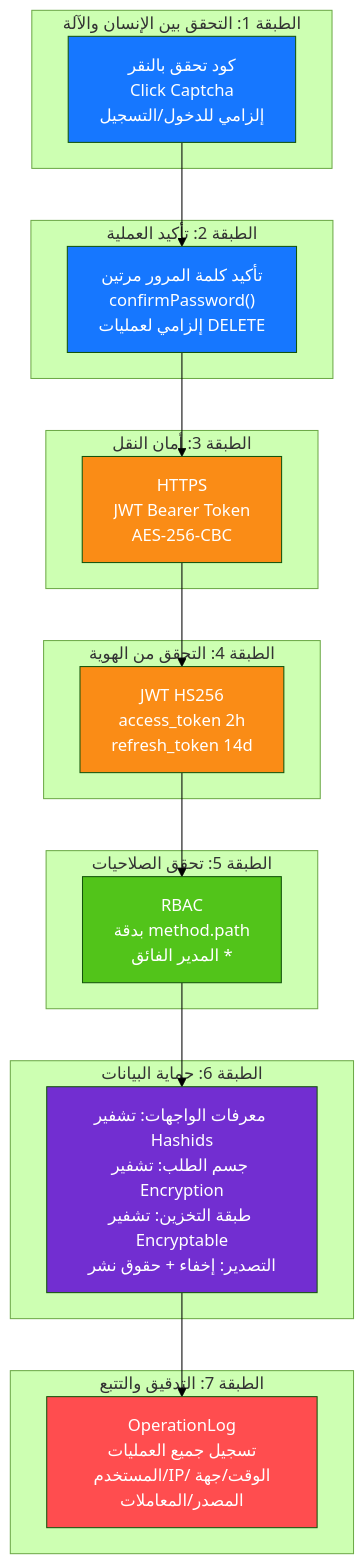
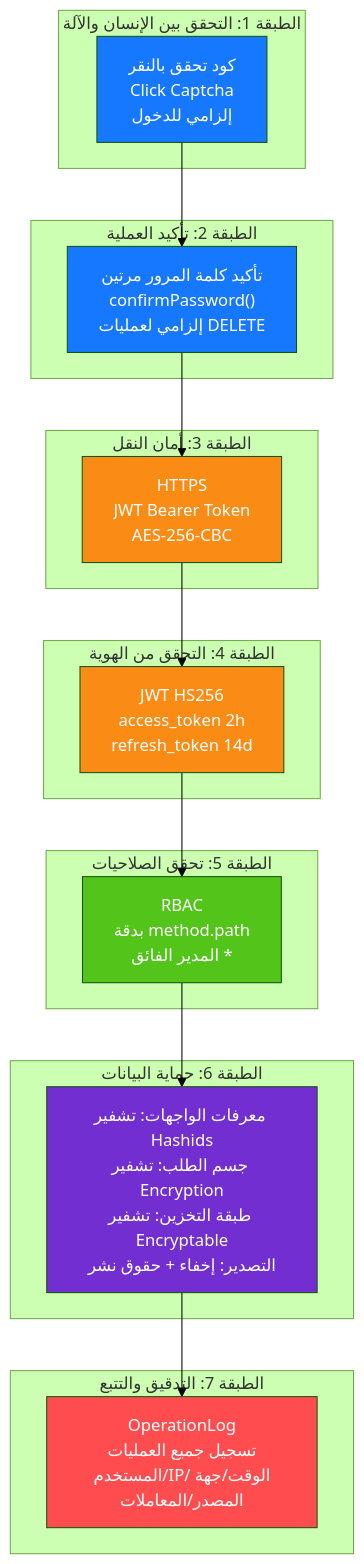
Diagram 13 of 14 in docs/ARCHITECTURE.ar.md (erikwang2013/open-admin), drawn with Mermaid (forest theme) before and after one commit. The commit also changed other lines of this file and 115 other files, not shown here.

First line of the commit message:
功能：新增项目宠物「小安」、站点首页与手写 SVG 设计图集；全部文档对齐代码

````diff
--- a/docs/ARCHITECTURE.ar.md
+++ b/docs/ARCHITECTURE.ar.md
@@ -607,40 +596,40 @@
 ```mermaid
 flowchart TB
     subgraph "الطبقة 1: التحقق بين الإنسان والآلة"
-        L1["كود تحقق بالنقر<br/>Click Captcha<br/>إلزامي للدخول/التسجيل"]
+        L1["كود تحقق بالنقر<br/>Click Captcha<br/>إلزامي للدخول"]
     end
 
     subgraph "الطبقة 2: تأكيد العملية"
         L2["تأكيد كلمة المرور مرتين<br/>confirmPassword()<br/>إلزامي لعمليات DELETE"]
     end
 
     subgraph "الطبقة 3: أمان النقل"
         L3["HTTPS<br/>JWT Bearer Token<br/>AES-256-CBC"]
     end
 
     subgraph "الطبقة 4: التحقق من الهوية"
         L4["JWT HS256<br/>access_token 2h<br/>refresh_token 14d"]
     end
 
     subgraph "الطبقة 5: تحقق الصلاحيات"
         L5["RBAC<br/>بدقة method.path<br/>المدير الفائق *"]
     end
 
     subgraph "الطبقة 6: حماية البيانات"
         L6["معرفات الواجهات: تشفير Hashids<br/>جسم الطلب: تشفير Encryption<br/>طبقة التخزين: تشفير Encryptable<br/>التصدير: إخفاء + حقوق نشر"]
     end
 
     subgraph "الطبقة 7: التدقيق والتتبع"
         L7["OperationLog<br/>تسجيل جميع العمليات<br/>المستخدم/IP/الوقت/جهة المصدر/المعاملات"]
     end
 
     L1 --> L2 --> L3 --> L4 --> L5 --> L6 --> L7
 
     style L1 fill:#1677FF,color:#fff
     style L2 fill:#1677FF,color:#fff
     style L3 fill:#FA8C16,color:#fff
     style L4 fill:#FA8C16,color:#fff
     style L5 fill:#52C41A,color:#fff
     style L6 fill:#722ED1,color:#fff
     style L7 fill:#FF4D4F,color:#fff
 ```
````
